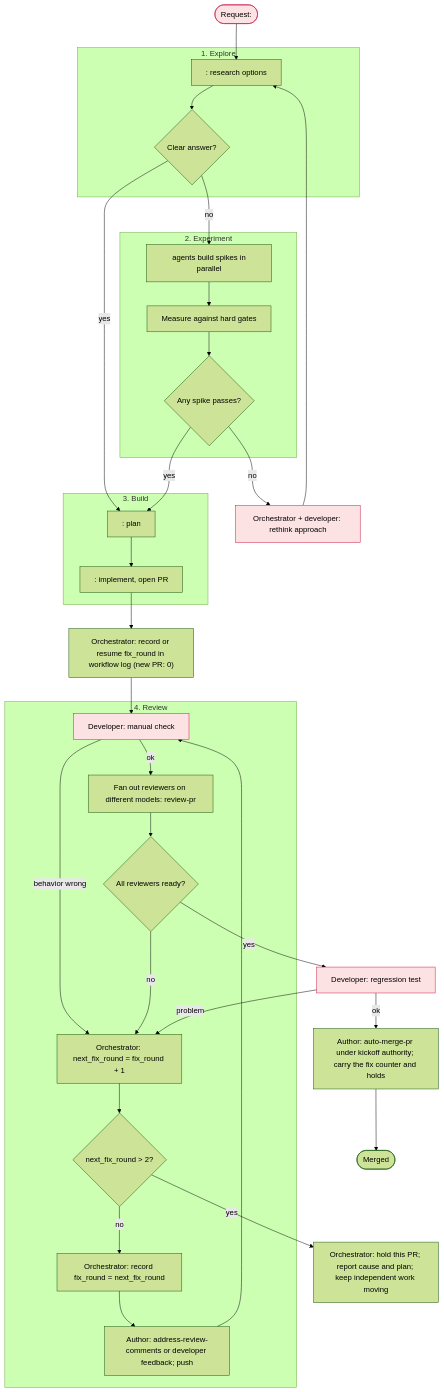
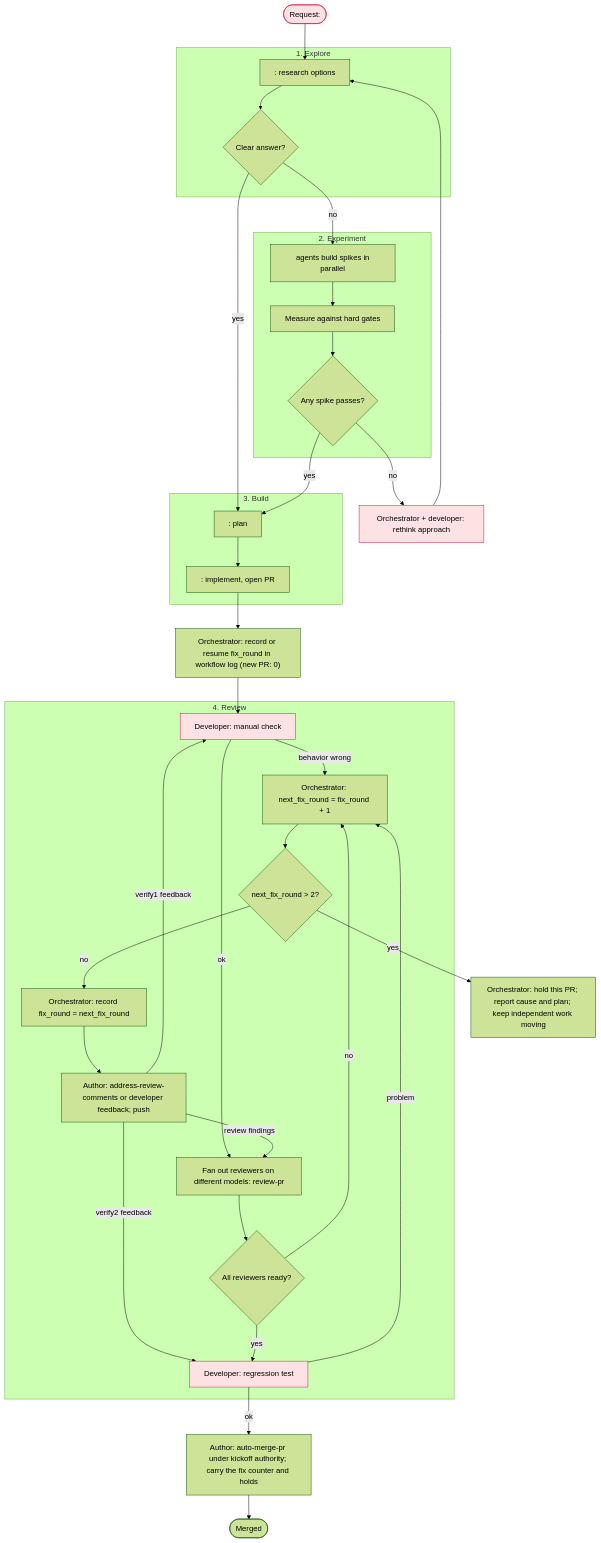
The diagram in workflows/template.md (asura1234/bus), drawn with Mermaid (forest theme) before and after one commit. The commit also changed other lines of this file, not shown here.

Commit message:
docs: route template fixes back to their originating checks
Preserve each repair batch's initiating check so technical review fixes do not reopen developer acceptance. Keep the shared two-round budget and route developer feedback to its own check.

````diff
--- a/workflows/template.md
+++ b/workflows/template.md
@@ -29,52 +29,54 @@
 ```mermaid
 flowchart TD
     start([Request: <one line>]):::developer
     start --> research
 
     subgraph explore [1. Explore]
         research[<agent>: research options]
         research --> consensus{Clear answer?}
     end
 
     consensus -- yes --> plan
     consensus -- no --> spikes
 
     subgraph experiment [2. Experiment]
         spikes[<N> agents build spikes in parallel]
         spikes --> measure[Measure against hard gates]
         measure --> pick{Any spike passes?}
     end
 
     pick -- yes --> plan
     pick -- no --> rethink[Orchestrator + developer: rethink approach]:::developer
     rethink --> research
 
     subgraph build [3. Build]
         plan[<agent>: plan] --> implement[<agent>: implement, open PR]
     end
 
     implement --> initround["Orchestrator: record or resume fix_round in workflow log (new PR: 0)"]
     initround --> verify1[Developer: manual check]:::developer
     verify1 -- behavior wrong --> nextfix
     verify1 -- ok --> review
 
     subgraph reviewloop [4. Review]
         review[Fan out reviewers on different models: review-pr]
         review --> ready{All reviewers ready?}
         ready -- no --> nextfix["Orchestrator: next_fix_round = fix_round + 1"]
         nextfix --> overbudget{"next_fix_round > 2?"}
         overbudget -- no --> countfix["Orchestrator: record fix_round = next_fix_round"]
         countfix --> fix[Author: address-review-comments or developer feedback; push]
-        fix --> verify1
+        fix -- review findings --> review
+        fix -- verify1 feedback --> verify1
+        fix -- verify2 feedback --> verify2
     end
 
     overbudget -- yes --> hold[Orchestrator: hold this PR; report cause and plan; keep independent work moving]
 
     ready -- yes --> verify2[Developer: regression test]:::developer
     verify2 -- problem --> nextfix
     verify2 -- ok --> merge[Author: auto-merge-pr under kickoff authority; carry the fix counter and holds]
     merge --> done([Merged])
 
     classDef developer fill:#fde2e4,stroke:#c9184a
     classDef current stroke-width:3px,stroke:#2563eb
 ```
````
